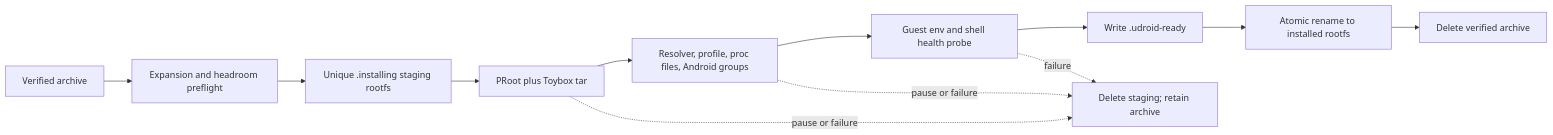
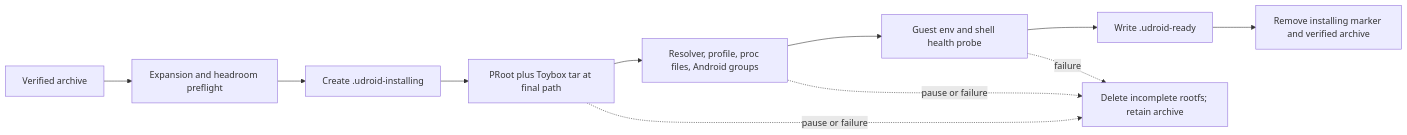
The first of 2 diagrams in docs/CHECKPOINT_4_ROOTFS_ACTIVATION.md (RandomCoderOrg/udroid-app), drawn with Mermaid before and after one commit. The commit also changed other lines of this file and 10 other files, not shown here.

Commit message:
fix: extract rootfs into stable path

````diff
--- a/docs/CHECKPOINT_4_ROOTFS_ACTIVATION.md
+++ b/docs/CHECKPOINT_4_ROOTFS_ACTIVATION.md
@@ -16,14 +16,13 @@
 ```mermaid
 flowchart LR
     Archive["Verified archive"] --> Preflight["Expansion and headroom preflight"]
-    Preflight --> Stage["Unique .installing staging rootfs"]
-    Stage --> Extract["PRoot plus Toybox tar"]
+    Preflight --> Marker1["Create .udroid-installing"]
+    Marker1 --> Extract["PRoot plus Toybox tar at final path"]
     Extract --> Configure["Resolver, profile, proc files, Android groups"]
     Configure --> Probe["Guest env and shell health probe"]
-    Probe --> Marker["Write .udroid-ready"]
-    Marker --> Rename["Atomic rename to installed rootfs"]
-    Rename --> Cleanup["Delete verified archive"]
-    Extract -. "pause or failure" .-> Recover["Delete staging; retain archive"]
+    Probe --> Marker2["Write .udroid-ready"]
+    Marker2 --> Cleanup["Remove installing marker and verified archive"]
+    Extract -. "pause or failure" .-> Recover["Delete incomplete rootfs; retain archive"]
     Configure -. "pause or failure" .-> Recover
     Probe -. "failure" .-> Recover
 ```
````
